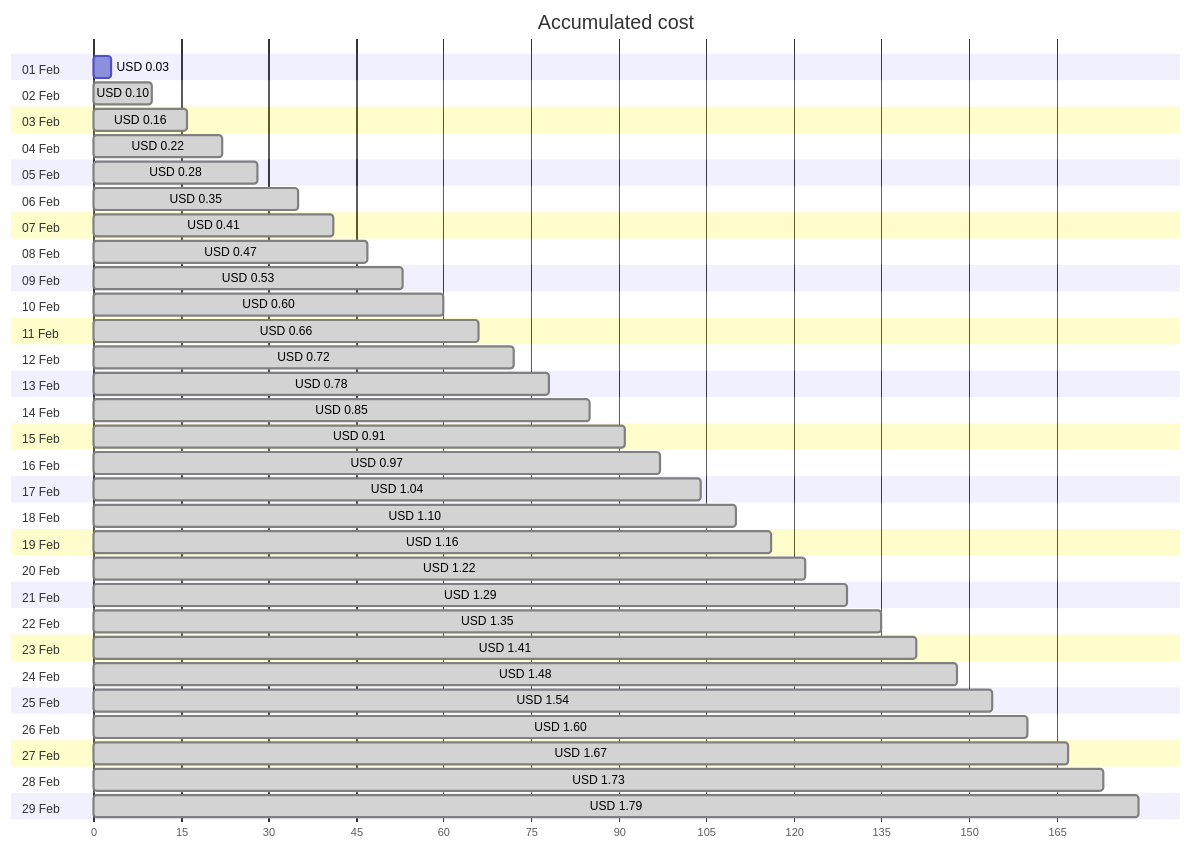
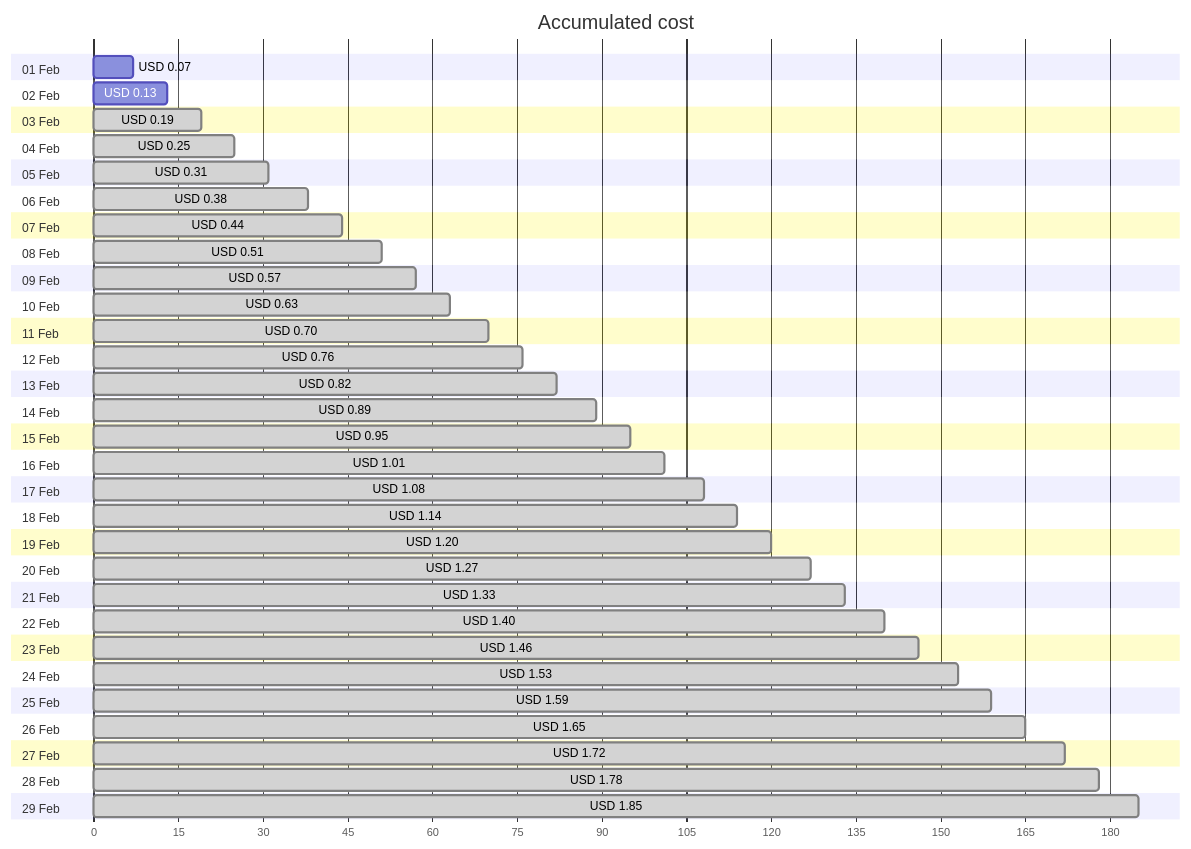
Before and after one commit to jpfulton/azure-personal-reports: the first of 4 diagrams in cost-reports/personal-network/vpn-server_OsDisk.md, drawn with Mermaid. The commit also changed other lines of this file and 8 other files, not shown here.

````diff
--- a/cost-reports/personal-network/vpn-server_OsDisk.md
+++ b/cost-reports/personal-network/vpn-server_OsDisk.md
@@ -20,64 +20,64 @@
 ```mermaid
 gantt
    title Accumulated cost
    dateFormat  X
    axisFormat %s
    section 01 Feb
-   USD 0.03 :0, 3
+   USD 0.07 :0, 7
    section 02 Feb
-   USD 0.10 : done, 0, 10
+   USD 0.13 :0, 13
    section 03 Feb
-   USD 0.16 : done, 0, 16
+   USD 0.19 : done, 0, 19
    section 04 Feb
-   USD 0.22 : done, 0, 22
+   USD 0.25 : done, 0, 25
    section 05 Feb
-   USD 0.28 : done, 0, 28
+   USD 0.31 : done, 0, 31
    section 06 Feb
-   USD 0.35 : done, 0, 35
+   USD 0.38 : done, 0, 38
    section 07 Feb
-   USD 0.41 : done, 0, 41
+   USD 0.44 : done, 0, 44
    section 08 Feb
-   USD 0.47 : done, 0, 47
+   USD 0.51 : done, 0, 51
    section 09 Feb
-   USD 0.53 : done, 0, 53
+   USD 0.57 : done, 0, 57
    section 10 Feb
-   USD 0.60 : done, 0, 60
+   USD 0.63 : done, 0, 63
    section 11 Feb
-   USD 0.66 : done, 0, 66
+   USD 0.70 : done, 0, 70
    section 12 Feb
-   USD 0.72 : done, 0, 72
+   USD 0.76 : done, 0, 76
    section 13 Feb
-   USD 0.78 : done, 0, 78
+   USD 0.82 : done, 0, 82
    section 14 Feb
-   USD 0.85 : done, 0, 85
+   USD 0.89 : done, 0, 89
    section 15 Feb
-   USD 0.91 : done, 0, 91
+   USD 0.95 : done, 0, 95
    section 16 Feb
-   USD 0.97 : done, 0, 97
+   USD 1.01 : done, 0, 101
    section 17 Feb
-   USD 1.04 : done, 0, 104
+   USD 1.08 : done, 0, 108
    section 18 Feb
-   USD 1.10 : done, 0, 110
+   USD 1.14 : done, 0, 114
    section 19 Feb
-   USD 1.16 : done, 0, 116
+   USD 1.20 : done, 0, 120
    section 20 Feb
-   USD 1.22 : done, 0, 122
+   USD 1.27 : done, 0, 127
    section 21 Feb
-   USD 1.29 : done, 0, 129
+   USD 1.33 : done, 0, 133
    section 22 Feb
-   USD 1.35 : done, 0, 135
+   USD 1.40 : done, 0, 140
    section 23 Feb
-   USD 1.41 : done, 0, 141
+   USD 1.46 : done, 0, 146
    section 24 Feb
-   USD 1.48 : done, 0, 148
+   USD 1.53 : done, 0, 153
    section 25 Feb
-   USD 1.54 : done, 0, 154
+   USD 1.59 : done, 0, 159
    section 26 Feb
-   USD 1.60 : done, 0, 160
+   USD 1.65 : done, 0, 165
    section 27 Feb
-   USD 1.67 : done, 0, 167
+   USD 1.72 : done, 0, 172
    section 28 Feb
-   USD 1.73 : done, 0, 173
+   USD 1.78 : done, 0, 178
    section 29 Feb
-   USD 1.79 : done, 0, 179
+   USD 1.85 : done, 0, 185
 ```
````
